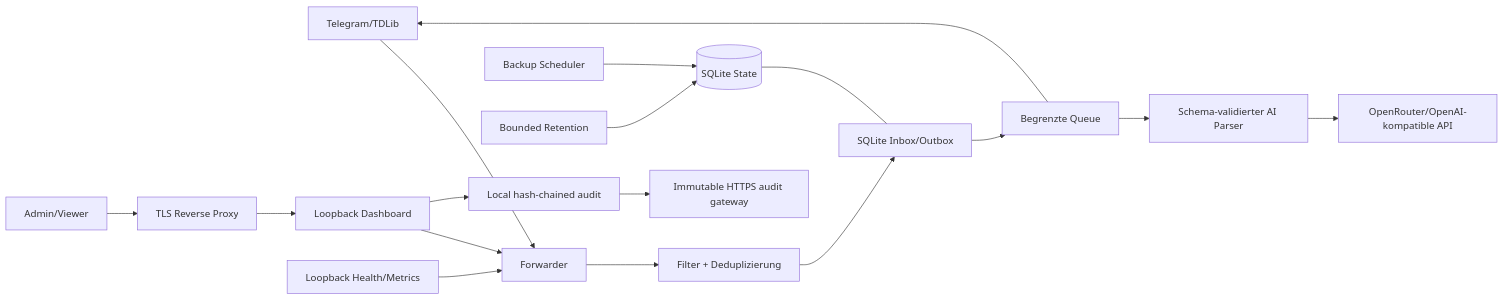
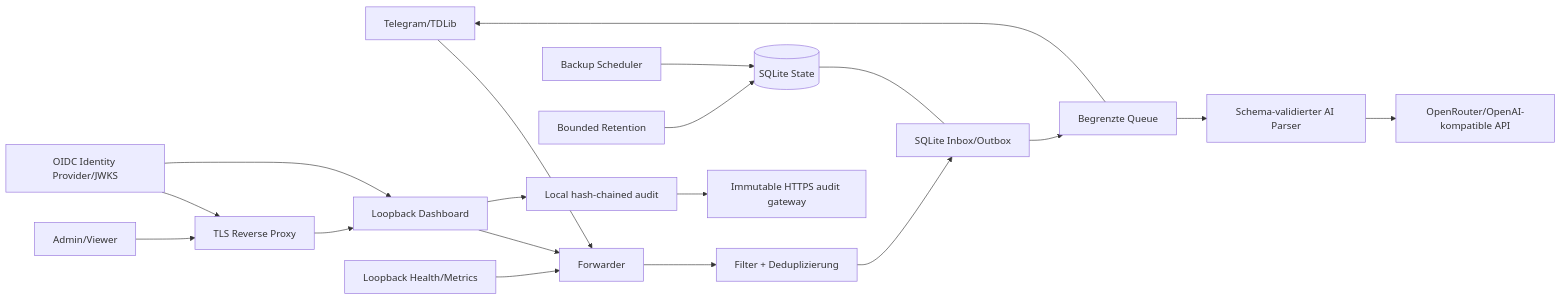
Before and after one commit to 888nikush888/tsx-core: the diagram in docs/ARCHITECTURE.md, drawn with Mermaid. The commit also changed other lines of this file and 13 other files, not shown here.

````diff
--- a/docs/ARCHITECTURE.md
+++ b/docs/ARCHITECTURE.md
@@ -5,19 +5,21 @@
 ```mermaid
 flowchart LR
   TG["Telegram/TDLib"] --> F["Forwarder"]
   F --> FL["Filter + Deduplizierung"]
   FL --> O["SQLite Inbox/Outbox"]
   O --> Q["Begrenzte Queue"]
   Q --> AI["Schema-validierter AI Parser"]
   AI --> OP["OpenRouter/OpenAI-kompatible API"]
   Q --> TG
   DB[("SQLite State")] --- O
   B["Backup Scheduler"] --> DB
   R["Bounded Retention"] --> DB
   W["Loopback Dashboard"] --> F
   M["Loopback Health/Metrics"] --> F
   RP["TLS Reverse Proxy"] --> W
   Admin["Admin/Viewer"] --> RP
+  IDP["OIDC Identity Provider/JWKS"] --> RP
+  IDP --> W
   W --> AT["Local hash-chained audit"]
   AT --> AG["Immutable HTTPS audit gateway"]
 ```
````
